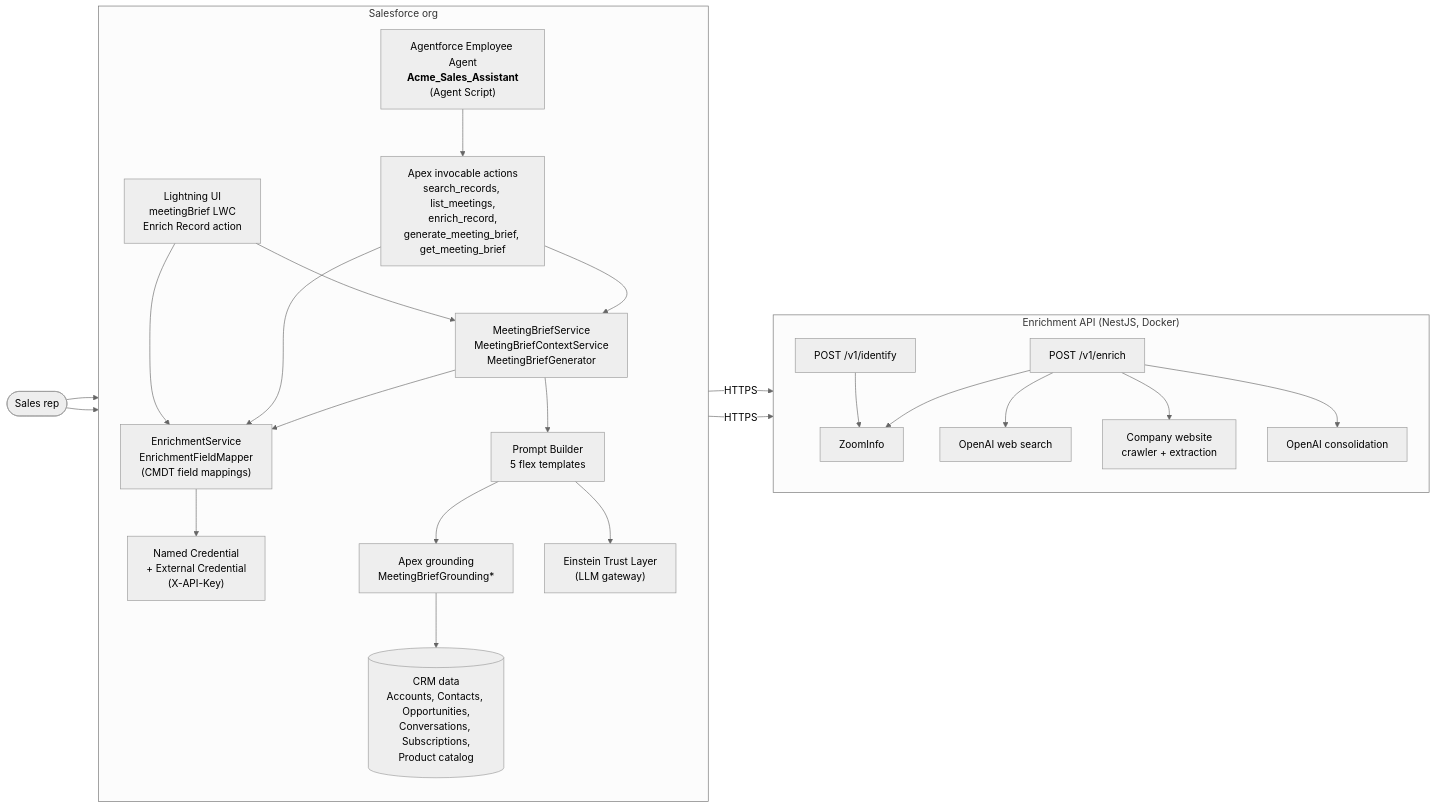
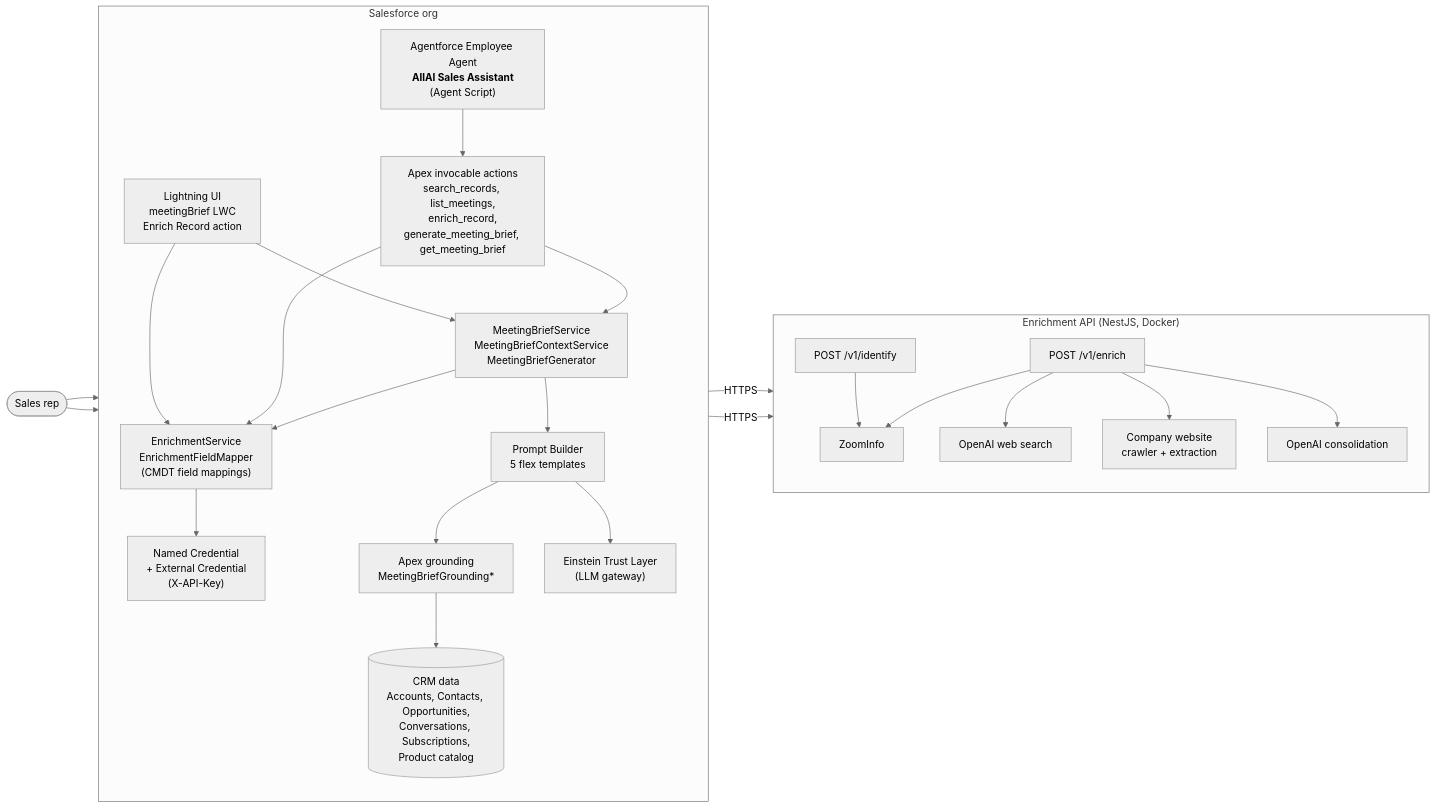
Before and after one commit to amir-halloul/ai-sales-enablement-hackathon: the first of 3 diagrams in README.md, drawn with Mermaid (neutral theme). The commit also changed other lines of this file and 4 other files, not shown here.

Commit message:
Rename the visible assistant to AllAI Sales Assistant

````diff
--- a/README.md
+++ b/README.md
@@ -105,49 +105,49 @@
 ```mermaid
 flowchart LR
     rep([Sales rep])
 
     subgraph SF["Salesforce org"]
         direction TB
-        agent["Agentforce Employee Agent<br/><b>Acme_Sales_Assistant</b><br/>(Agent Script)"]
+        agent["Agentforce Employee Agent<br/><b>AllAI Sales Assistant</b><br/>(Agent Script)"]
         ui["Lightning UI<br/>meetingBrief LWC<br/>Enrich Record action"]
         actions["Apex invocable actions<br/>search_records, list_meetings,<br/>enrich_record,<br/>generate_meeting_brief, get_meeting_brief"]
         enrich["EnrichmentService<br/>EnrichmentFieldMapper<br/>(CMDT field mappings)"]
         brief["MeetingBriefService<br/>MeetingBriefContextService<br/>MeetingBriefGenerator"]
         pb["Prompt Builder<br/>5 flex templates"]
         ground["Apex grounding<br/>MeetingBriefGrounding*"]
         crm[("CRM data<br/>Accounts, Contacts, Opportunities,<br/>Conversations, Subscriptions,<br/>Product catalog")]
         trust["Einstein Trust Layer<br/>(LLM gateway)"]
         nc["Named Credential<br/>+ External Credential<br/>(X-API-Key)"]
     end
 
     subgraph API["Enrichment API (NestJS, Docker)"]
         direction TB
         id["POST /v1/identify"]
         en["POST /v1/enrich"]
         zi["ZoomInfo"]
         ws["OpenAI web search"]
         wp["Company website<br/>crawler + extraction"]
         co["OpenAI consolidation"]
     end
 
     rep --> agent
     rep --> ui
     agent --> actions
     ui --> enrich
     ui --> brief
     actions --> enrich
     actions --> brief
     enrich --> nc
     brief --> enrich
     brief --> pb
     pb --> ground
     ground --> crm
     pb --> trust
     nc -->|HTTPS| id
     nc -->|HTTPS| en
     id --> zi
     en --> zi
     en --> ws
     en --> wp
     en --> co
 ```
````
